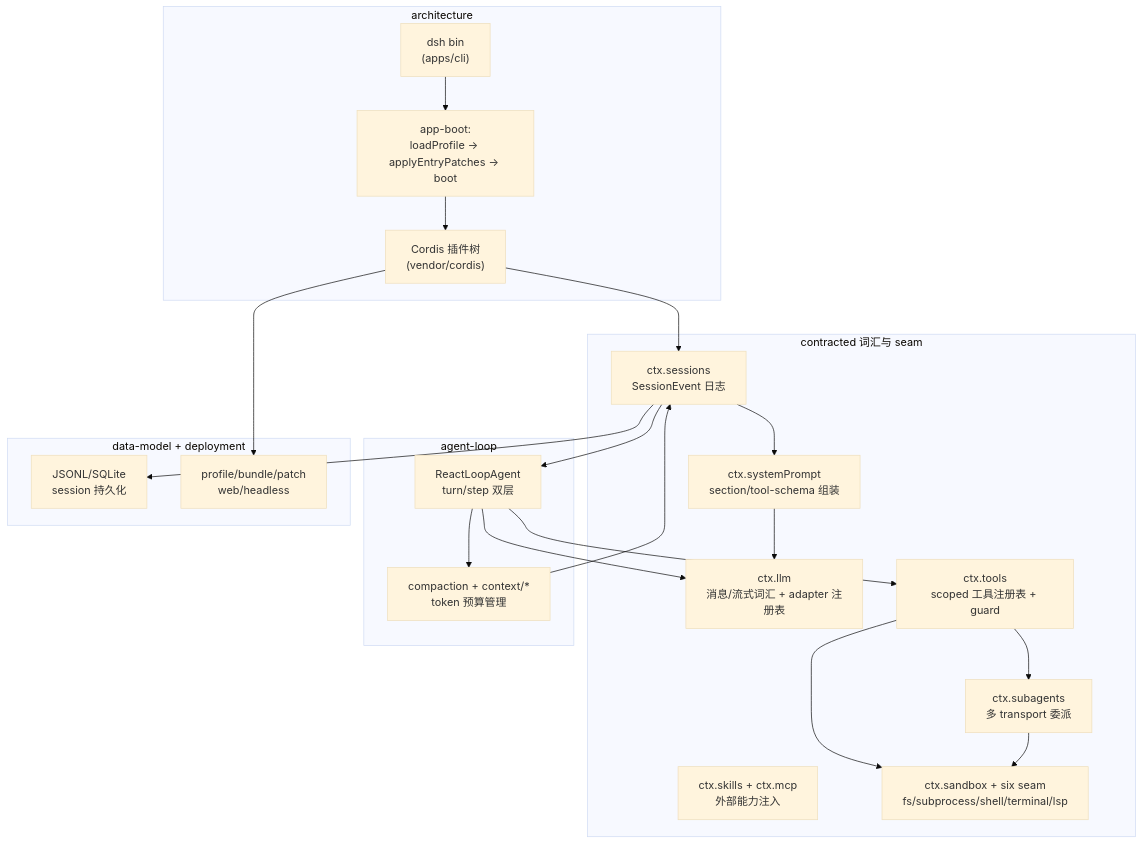
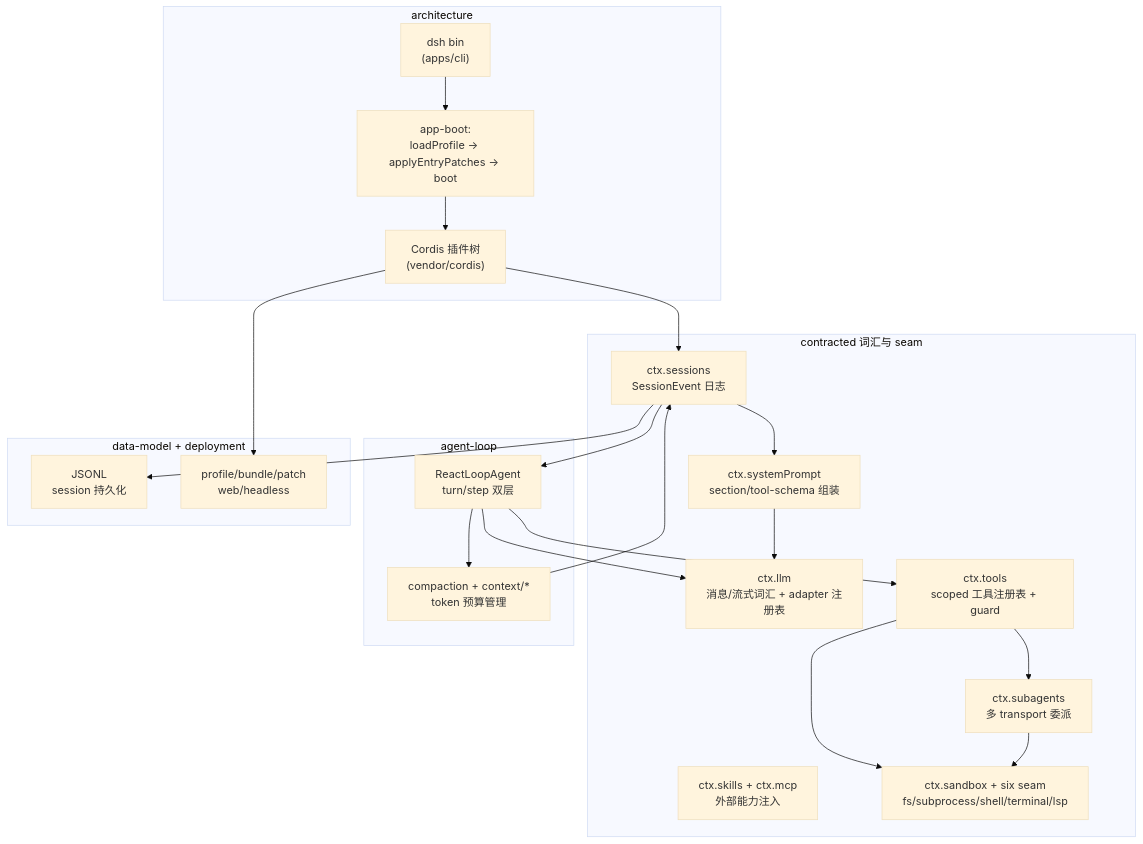
Before and after one commit to morehao/oss-insights: the diagram in ai-agent/deepseek-harness/README.md, drawn with Mermaid (base theme). The commit also changed other lines of this file and 20 other files, not shown here.

````diff
--- a/ai-agent/deepseek-harness/README.md
+++ b/ai-agent/deepseek-harness/README.md
@@ -62,40 +69,40 @@
 ```mermaid
 graph TB
     subgraph 部署与装配[architecture]
         CLI["dsh bin<br>(apps/cli)"]
         BOOT["app-boot:<br>loadProfile → applyEntryPatches → boot"]
         TREE["Cordis 插件树<br>(vendor/cordis)"]
     end
     subgraph 能力面[contracted 词汇与 seam]
         LLM["ctx.llm<br>消息/流式词汇 + adapter 注册表"]
         SP["ctx.systemPrompt<br>section/tool-schema 组装"]
         SAPI["ctx.sessions<br>SessionEvent 日志"]
         TL["ctx.tools<br>scoped 工具注册表 + guard"]
         SUB["ctx.subagents<br>多 transport 委派"]
         SK["ctx.skills + ctx.mcp<br>外部能力注入"]
         SAND["ctx.sandbox + six seam<br>fs/subprocess/shell/terminal/lsp"]
     end
     subgraph 驱动[agent-loop]
         LOOP["ReactLoopAgent<br>turn/step 双层"]
         MEM["compaction + context/*<br>token 预算管理"]
     end
     subgraph 地面[data-model + deployment]
-        PERSIST["JSONL/SQLite<br>session 持久化"]
+        PERSIST["JSONL<br>session 持久化"]
         PROFILE["profile/bundle/patch<br>web/headless"]
     end
 
     CLI --> BOOT --> TREE
     TREE --> SAPI
     SAPI --> SP
     SAPI --> LOOP
     LOOP --> LLM
     LOOP --> TL
     TL --> SAND
     TL --> SUB
     SP --> LLM
     SUB --> SAND
     LOOP --> MEM
     MEM --> SAPI
     SAPI --> PERSIST
     TREE --> PROFILE
 ```
````
